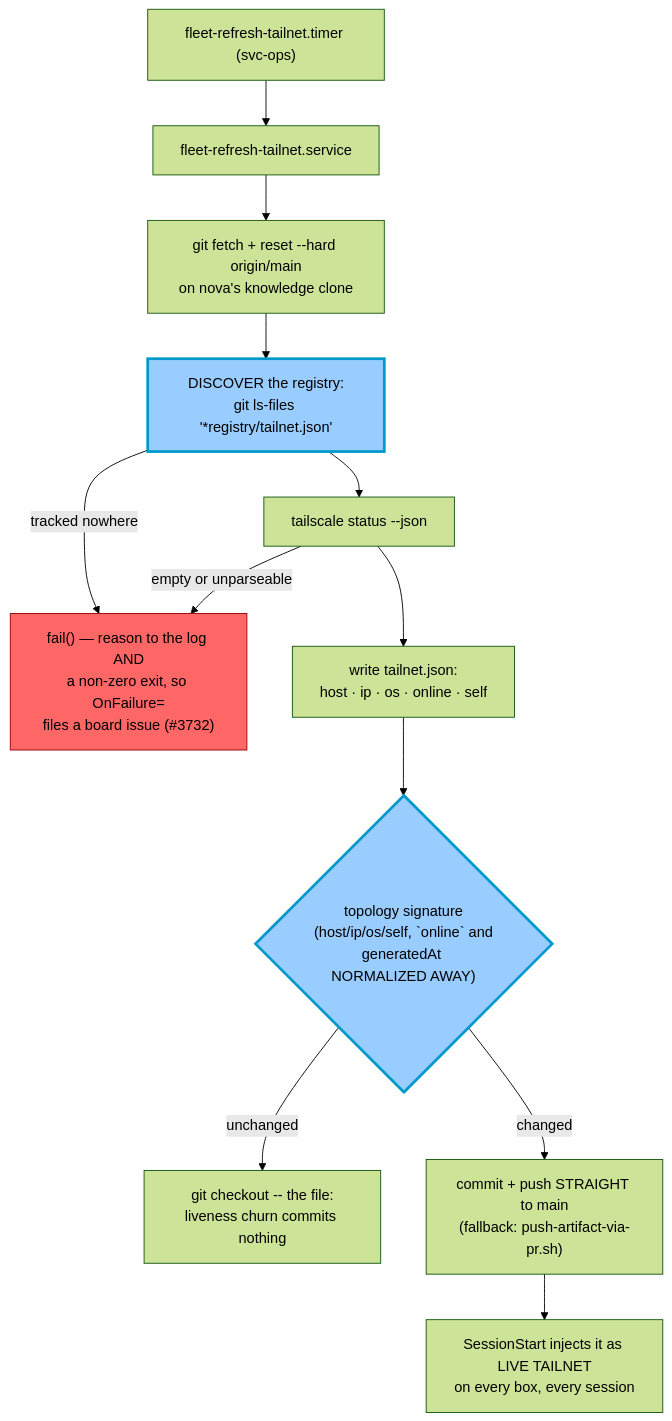
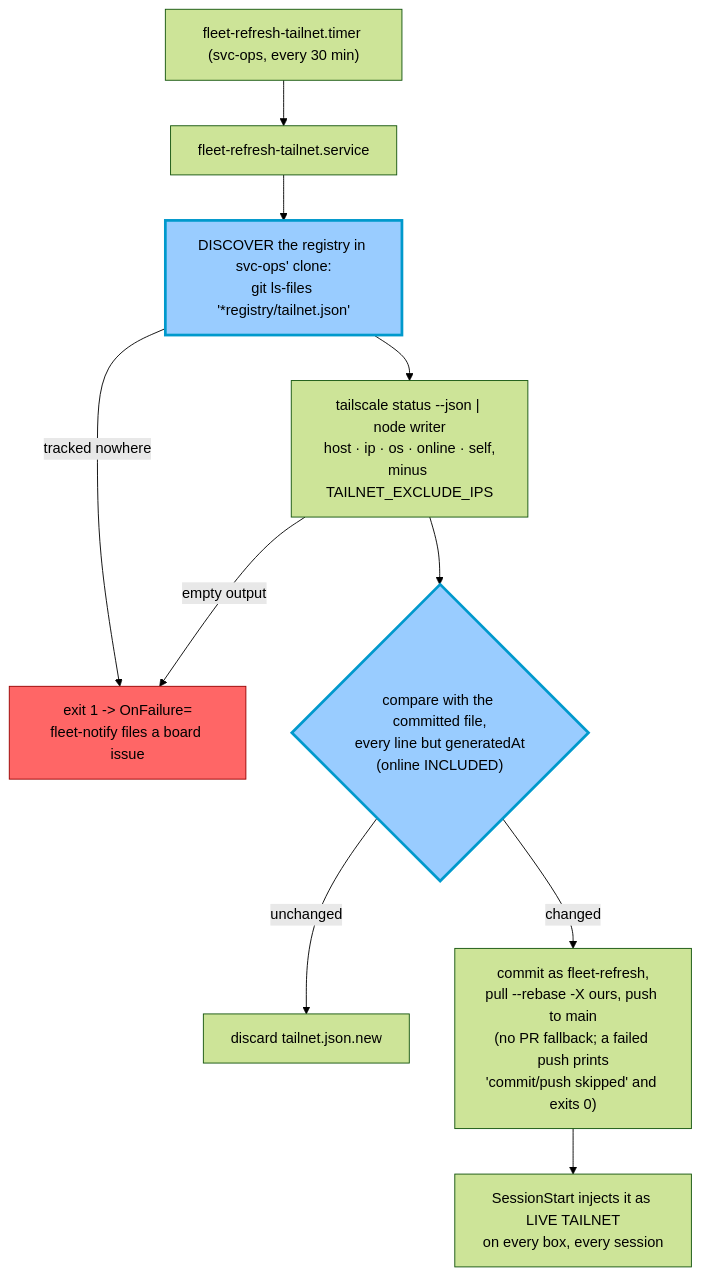
Before and after one commit to utopia-models/docs: the diagram in content/docs/source/wi/components/fleet-refresh-tailnet.md, drawn with Mermaid (forest theme). The commit also changed other lines of this file and 49 other files, not shown here.

````diff
--- a/content/docs/source/wi/components/fleet-refresh-tailnet.md
+++ b/content/docs/source/wi/components/fleet-refresh-tailnet.md
@@ -42,17 +42,15 @@
 ```mermaid
 flowchart TD
-    T["fleet-refresh-tailnet.timer (svc-ops)"] --> S["fleet-refresh-tailnet.service"]
-    S --> SY["git fetch + reset --hard origin/main<br/>on nova's knowledge clone"]
-    SY --> DISC["DISCOVER the registry:<br/>git ls-files '*registry/tailnet.json'"]
-    DISC -->|"tracked nowhere"| F
-    DISC --> TS["tailscale status --json"]
-    TS -->|"empty or unparseable"| F["fail() — reason to the log AND<br/>a non-zero exit, so OnFailure=<br/>files a board issue (#3732)"]
-    TS --> W["write tailnet.json:<br/>host · ip · os · online · self"]
-    W --> SIG{"topology signature<br/>(host/ip/os/self, `online` and<br/>generatedAt NORMALIZED AWAY)"}
-    SIG -- "unchanged" --> D["git checkout -- the file:<br/>liveness churn commits nothing"]
-    SIG -- "changed" --> P["commit + push STRAIGHT to main<br/>(fallback: push-artifact-via-pr.sh)"]
+    T["fleet-refresh-tailnet.timer (svc-ops, every 30 min)"] --> S["fleet-refresh-tailnet.service"]
+    S --> DISC["DISCOVER the registry in svc-ops' clone:<br/>git ls-files '*registry/tailnet.json'"]
+    DISC -->|"tracked nowhere"| F["exit 1 -> OnFailure=<br/>fleet-notify files a board issue"]
+    DISC --> TS["tailscale status --json | node writer<br/>host · ip · os · online · self,<br/>minus TAILNET_EXCLUDE_IPS"]
+    TS -->|"empty output"| F
+    TS --> CMP{"compare with the committed file,<br/>every line but generatedAt<br/>(online INCLUDED)"}
+    CMP -- "unchanged" --> D["discard tailnet.json.new"]
+    CMP -- "changed" --> P["commit as fleet-refresh,<br/>pull --rebase -X ours, push to main<br/>(no PR fallback; a failed push prints<br/>'commit/push skipped' and exits 0)"]
     P --> R["SessionStart injects it as LIVE TAILNET<br/>on every box, every session"]
-    style SIG fill:#9cf,stroke:#09c,stroke-width:3px
+    style CMP fill:#9cf,stroke:#09c,stroke-width:3px
     style DISC fill:#9cf,stroke:#09c,stroke-width:3px
     style F fill:#f66,stroke:#900
 ```
````
